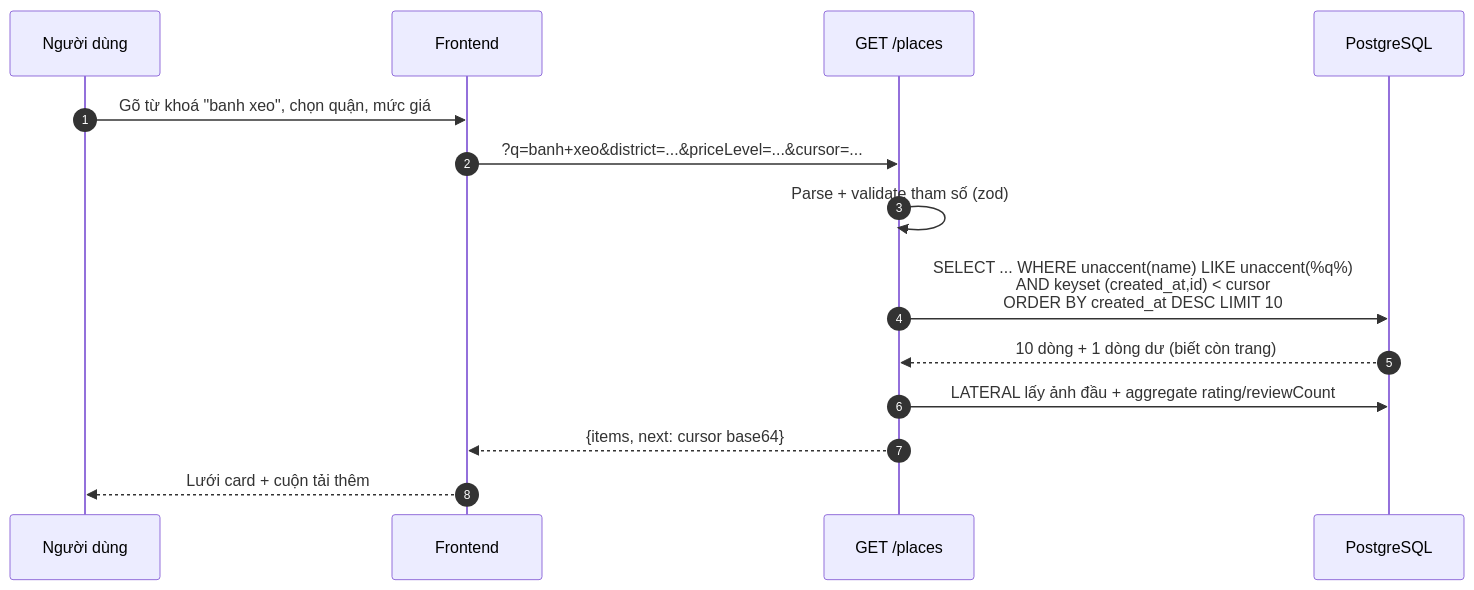
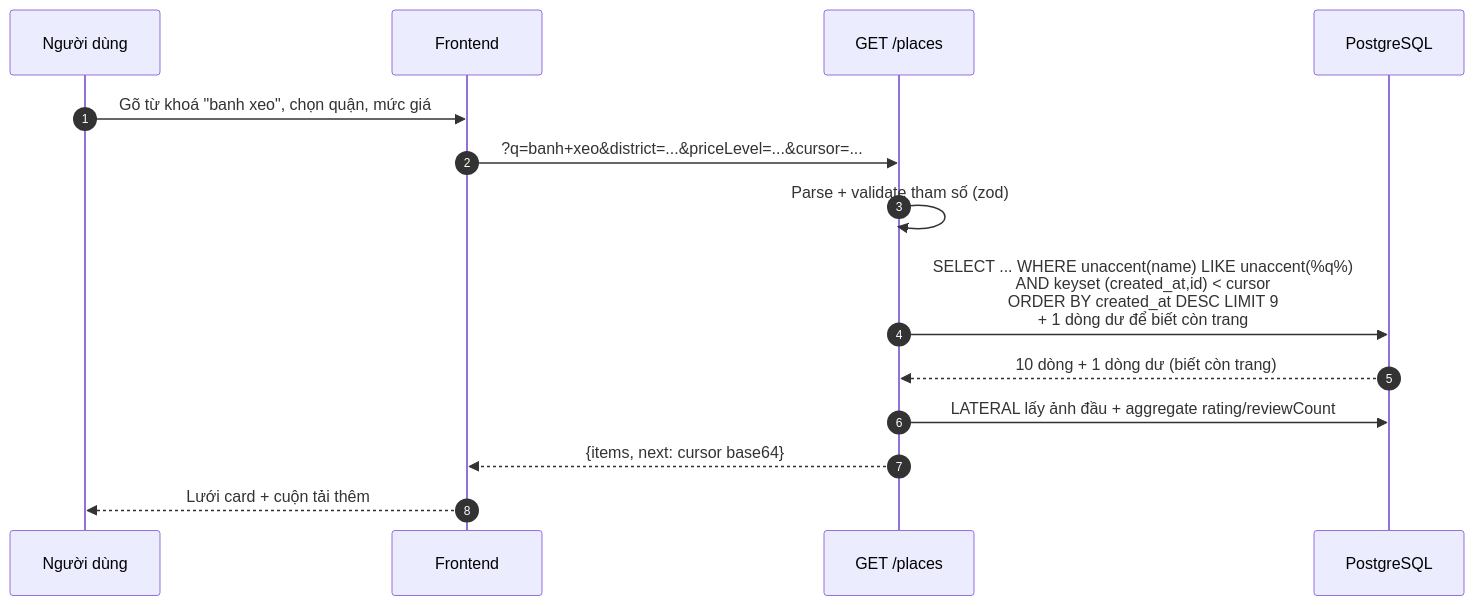
One commit to longqt321/Rendez-PBL6 changed the eighth of 14 diagrams in docs/bao-cao/BAO-CAO-DO-AN.md. Above: the diagram before and after it, drawn with Mermaid. The commit also changed other lines of this file and 2 other files, not shown here.

Commit message:
docs: audit vong 3 - 119 test, ghi nhan fix cursor

````diff
--- a/docs/bao-cao/BAO-CAO-DO-AN.md
+++ b/docs/bao-cao/BAO-CAO-DO-AN.md
@@ -487,17 +487,17 @@
 ```mermaid
 sequenceDiagram
   autonumber
   participant U as Người dùng
   participant FE as Frontend
   participant API as GET /places
   participant DB as PostgreSQL
 
   U->>FE: Gõ từ khoá "banh xeo", chọn quận, mức giá
   FE->>API: ?q=banh+xeo&district=...&priceLevel=...&cursor=...
   API->>API: Parse + validate tham số (zod)
-  API->>DB: SELECT ... WHERE unaccent(name) LIKE unaccent(%q%)<br/>AND keyset (created_at,id) < cursor<br/>ORDER BY created_at DESC LIMIT 10
+  API->>DB: SELECT ... WHERE unaccent(name) LIKE unaccent(%q%)<br/>AND keyset (created_at,id) < cursor<br/>ORDER BY created_at DESC LIMIT 9<br/>+ 1 dòng dư để biết còn trang
   DB-->>API: 10 dòng + 1 dòng dư (biết còn trang)
   API->>DB: LATERAL lấy ảnh đầu + aggregate rating/reviewCount
   API-->>FE: {items, next: cursor base64}
   FE-->>U: Lưới card + cuộn tải thêm
 ```
````
